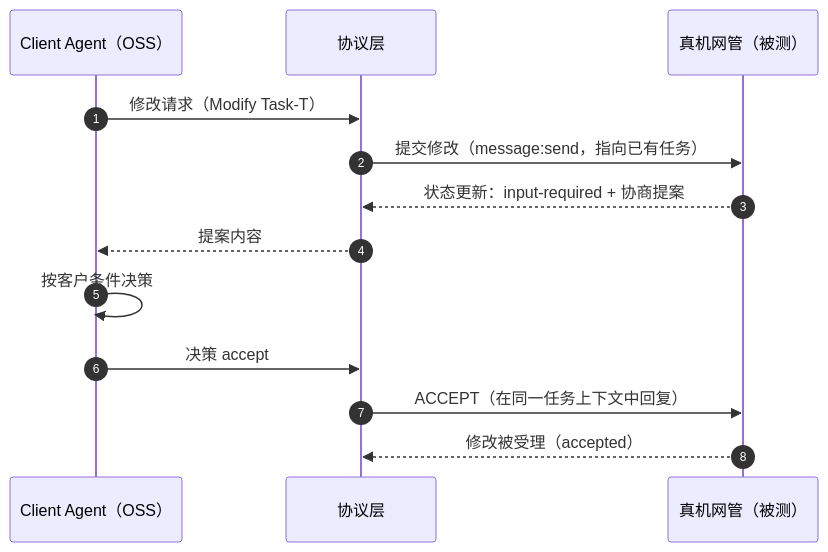
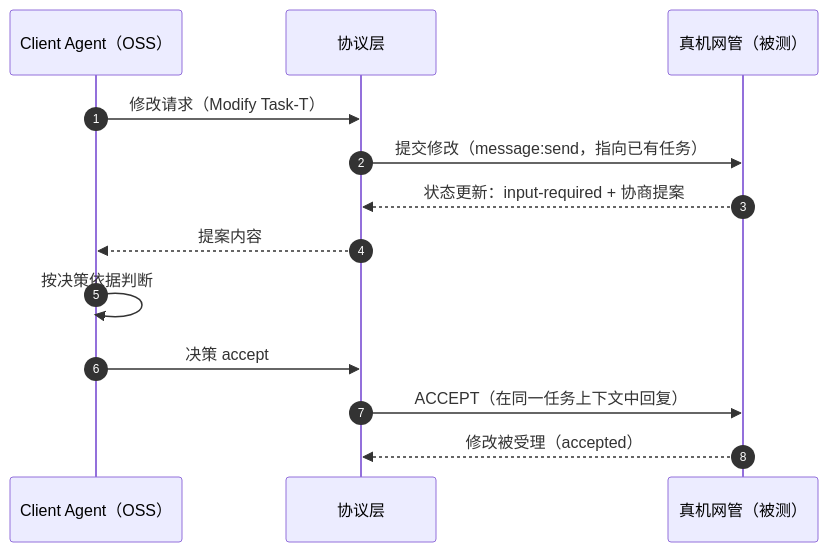
The fourth of 11 diagrams in a2a-t-sample/ran-energy-saving/TESTER-ARCHITECTURE.md (project-openan/a2a-t-sdk-python), drawn with Mermaid before and after one commit. The commit also changed other lines of this file, not shown here.

````diff
--- a/a2a-t-sample/ran-energy-saving/TESTER-ARCHITECTURE.md
+++ b/a2a-t-sample/ran-energy-saving/TESTER-ARCHITECTURE.md
@@ -133,16 +135,16 @@
 ```mermaid
 sequenceDiagram
   autonumber
   participant O as Client Agent（OSS）
   participant P as 协议层
   participant N as 真机网管（被测）
 
   O->>P: 修改请求（Modify Task-T）
   P->>N: 提交修改（message:send，指向已有任务）
   N-->>P: 状态更新：input-required + 协商提案
   P-->>O: 提案内容
-  O->>O: 按客户条件决策
+  O->>O: 按决策依据判断
   O->>P: 决策 accept
   P->>N: ACCEPT（在同一任务上下文中回复）
   N-->>P: 修改被受理（accepted）
 ```
````
